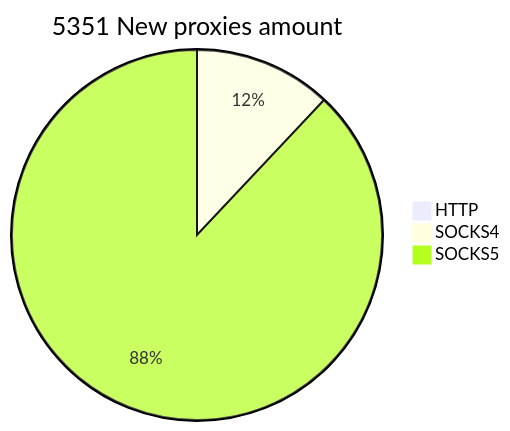
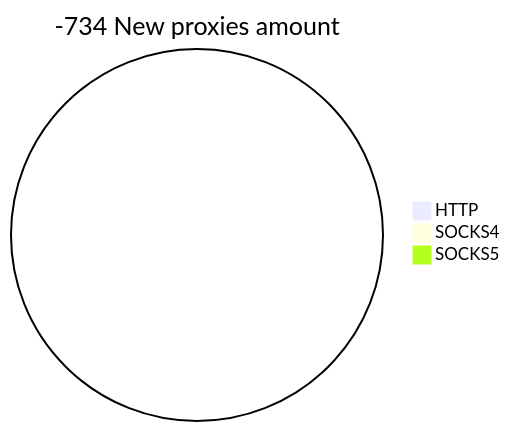
Before and after one commit to cutipu/proxylist: the second of 2 diagrams in README.md, drawn with Mermaid. The commit also changed other lines of this file, not shown here.

````diff
--- a/README.md
+++ b/README.md
@@ -10,6 +10,6 @@
 ```mermaid
-pie title 5351 New proxies amount
-    "HTTP" : 25
-    "SOCKS4" : 640
-    "SOCKS5" : 4686
+pie title -734 New proxies amount
+    "HTTP" : 0
+    "SOCKS4" : 0
+    "SOCKS5" : 0
 ```
````
